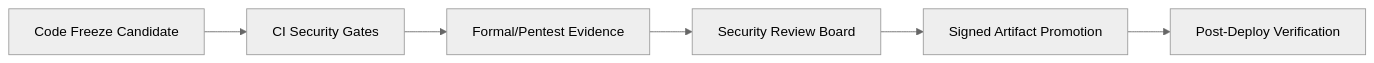
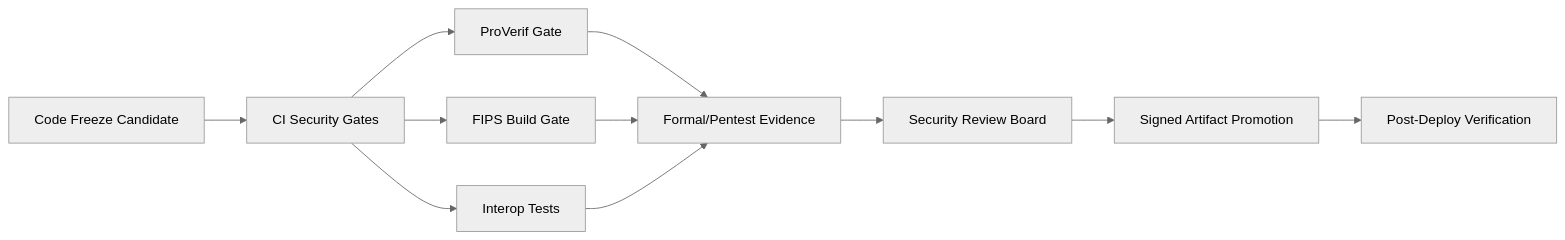
The diagram in docs/RELEASE_GOVERNANCE.md (ErenAri/post-quantum-messaging-app), drawn with Mermaid (neutral theme) before and after one commit. The commit also changed 8 other files, not shown here.

````diff
--- a/docs/RELEASE_GOVERNANCE.md
+++ b/docs/RELEASE_GOVERNANCE.md
@@ -11,8 +11,13 @@
 ```mermaid
 flowchart LR
     A[Code Freeze Candidate] --> B[CI Security Gates]
-    B --> C[Formal/Pentest Evidence]
+    B --> PV[ProVerif Gate]
+    B --> FG[FIPS Build Gate]
+    B --> IT[Interop Tests]
+    PV --> C[Formal/Pentest Evidence]
+    FG --> C
+    IT --> C
     C --> D[Security Review Board]
     D --> E[Signed Artifact Promotion]
     E --> F[Post-Deploy Verification]
 ```
````
